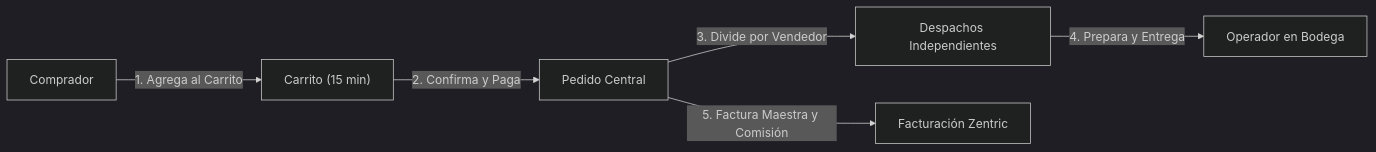
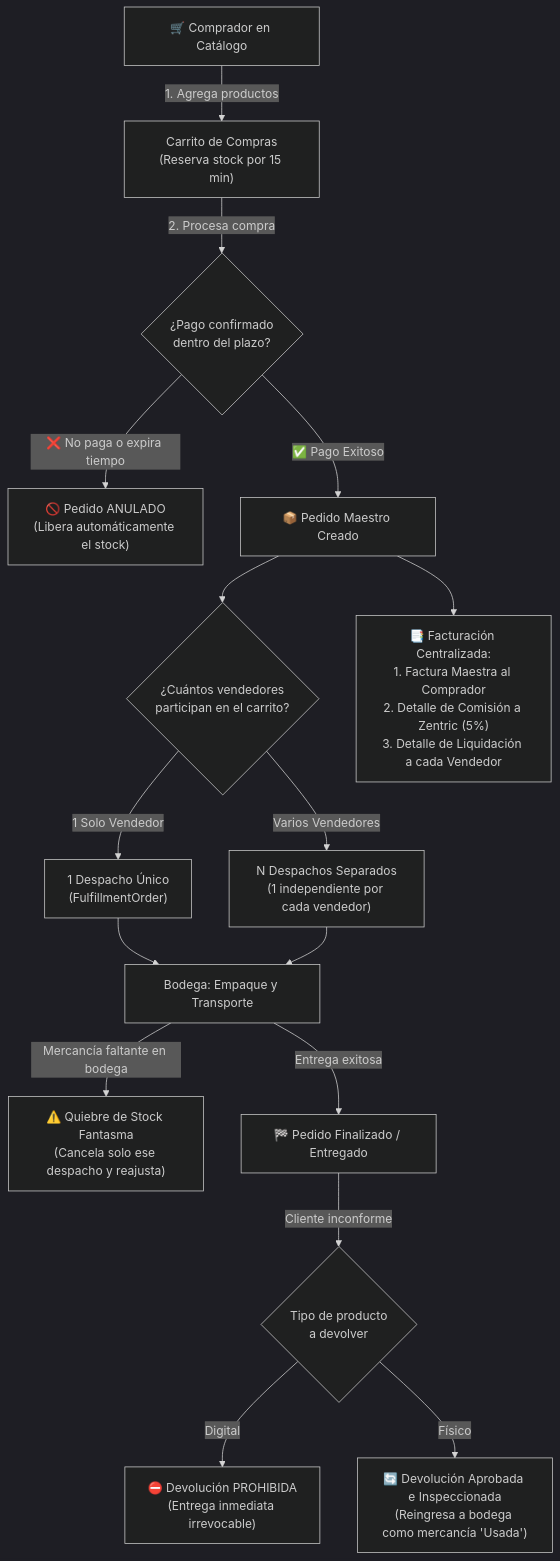
Before and after one commit to D-MachadoDev/Zentric: the diagram in backendSDD/01-system-overview.md, drawn with Mermaid (dark theme). The commit also changed other lines of this file, not shown here.

Commit message:
docs(overview): add complete multi-vendor lifecycle diagram, explicit rules, and inline glossary

````diff
--- a/backendSDD/01-system-overview.md
+++ b/backendSDD/01-system-overview.md
@@ -11,8 +13,25 @@
 ```mermaid
-flowchart LR
-    Buyer["Comprador"] -->|"1. Agrega al Carrito"| Cart["Carrito (15 min)"]
-    Cart -->|"2. Confirma y Paga"| Order["Pedido Central"]
-    Order -->|"3. Divide por Vendedor"| Fulfillment["Despachos Independientes"]
-    Fulfillment -->|"4. Prepara y Entrega"| Warehouse["Operador en Bodega"]
-    Order -->|"5. Factura Maestra y Comisión"| Billing["Facturación Zentric"]
+flowchart TD
+    Buyer["🛒 Comprador en Catálogo"] -->|"1. Agrega productos"| Cart["Carrito de Compras\n(Reserva stock por 15 min)"]
+    Cart -->|"2. Procesa compra"| Checkout{"¿Pago confirmado\ndentro del plazo?"}
+    
+    Checkout -->|"❌ No paga o expira tiempo"| Cancelled["🚫 Pedido ANULADO\n(Libera automáticamente el stock)"]
+    Checkout -->|"✅ Pago Exitoso"| Order["📦 Pedido Maestro Creado"]
+    
+    Order --> Split{"¿Cuántos vendedores\nparticipan en el carrito?"}
+    
+    Split -->|"1 Solo Vendedor"| F1["1 Despacho Único\n(FulfillmentOrder)"]
+    Split -->|"Varios Vendedores"| FN["N Despachos Separados\n(1 independiente por cada vendedor)"]
+    
+    F1 --> Prep["Bodega: Empaque y Transporte"]
+    FN --> Prep
+    
+    Prep -->|"Mercancía faltante en bodega"| Ghost["⚠️ Quiebre de Stock Fantasma\n(Cancela solo ese despacho y reajusta)"]
+    Prep -->|"Entrega exitosa"| Delivered["🏁 Pedido Finalizado / Entregado"]
+    
+    Delivered -->|"Cliente inconforme"| Return{"Tipo de producto\na devolver"}
+    Return -->|"Digital"| NoReturn["⛔ Devolución PROHIBIDA\n(Entrega inmediata irrevocable)"]
+    Return -->|"Físico"| PhysicalReturn["🔄 Devolución Aprobada e Inspeccionada\n(Reingresa a bodega como mercancía 'Usada')"]
+    
+    Order --> Invoice["📑 Facturación Centralizada:\n1. Factura Maestra al Comprador\n2. Detalle de Comisión a Zentric (5%)\n3. Detalle de Liquidación a cada Vendedor"]
 ```
````
